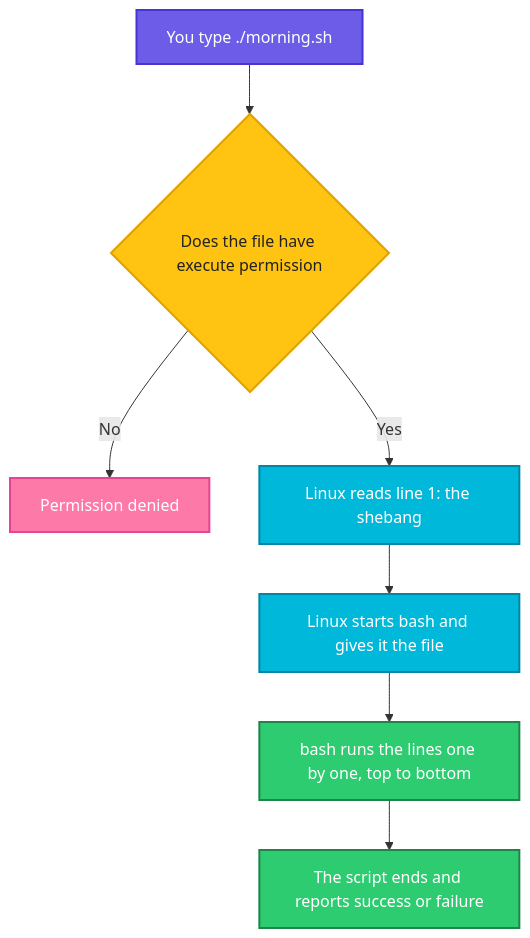
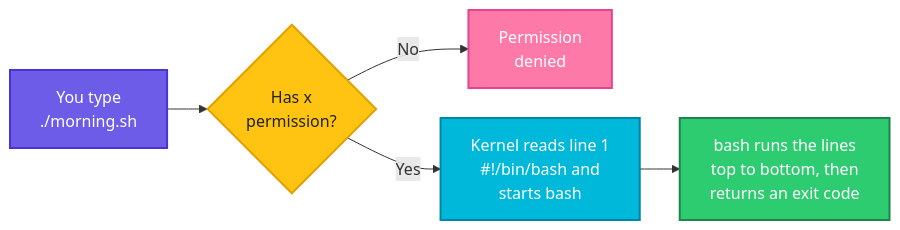
One commit to codeKerdosTech/DevOps-Documentation changed the second of 2 diagrams in shell-script/01-what-is-a-shell-script.md. Above: the diagram before and after it, drawn with Mermaid. The commit also changed other lines of this file and 10 other files, not shown here.

````diff
--- a/shell-script/01-what-is-a-shell-script.md
+++ b/shell-script/01-what-is-a-shell-script.md
@@ -242,19 +244,18 @@
 ```mermaid
-flowchart TD
-    A["You type ./morning.sh"] --> B{"Does the file have execute permission"}
-    B -- No --> C["Permission denied"]
-    B -- Yes --> D["Linux reads line 1: the shebang"]
-    D --> E["Linux starts bash and gives it the file"]
-    E --> F["bash runs the lines one by one, top to bottom"]
-    F --> G["The script ends and reports success or failure"]
+%%{init: {"flowchart": {"nodeSpacing": 30, "rankSpacing": 40}}}%%
+flowchart LR
+    A["You type<br/>./morning.sh"] --> B{"Has x<br/>permission?"}
+    B -- No --> C["Permission<br/>denied"]
+    B -- Yes --> D["Kernel reads line 1<br/>#!/bin/bash and<br/>starts bash"]
+    D --> E["bash runs the lines<br/>top to bottom, then<br/>returns an exit code"]
     classDef start fill:#6C5CE7,stroke:#4834D4,stroke-width:2px,color:#fff
     classDef proc fill:#00B8D9,stroke:#0087A8,stroke-width:2px,color:#fff
     classDef dec fill:#FFC312,stroke:#E1A100,stroke-width:2px,color:#222
     classDef ok fill:#2ECC71,stroke:#1E8449,stroke-width:2px,color:#fff
     classDef out fill:#FD79A8,stroke:#E84393,stroke-width:2px,color:#fff
     class A start
     class B dec
     class C out
-    class D,E proc
-    class F,G ok
+    class D proc
+    class E ok
 ```
````
